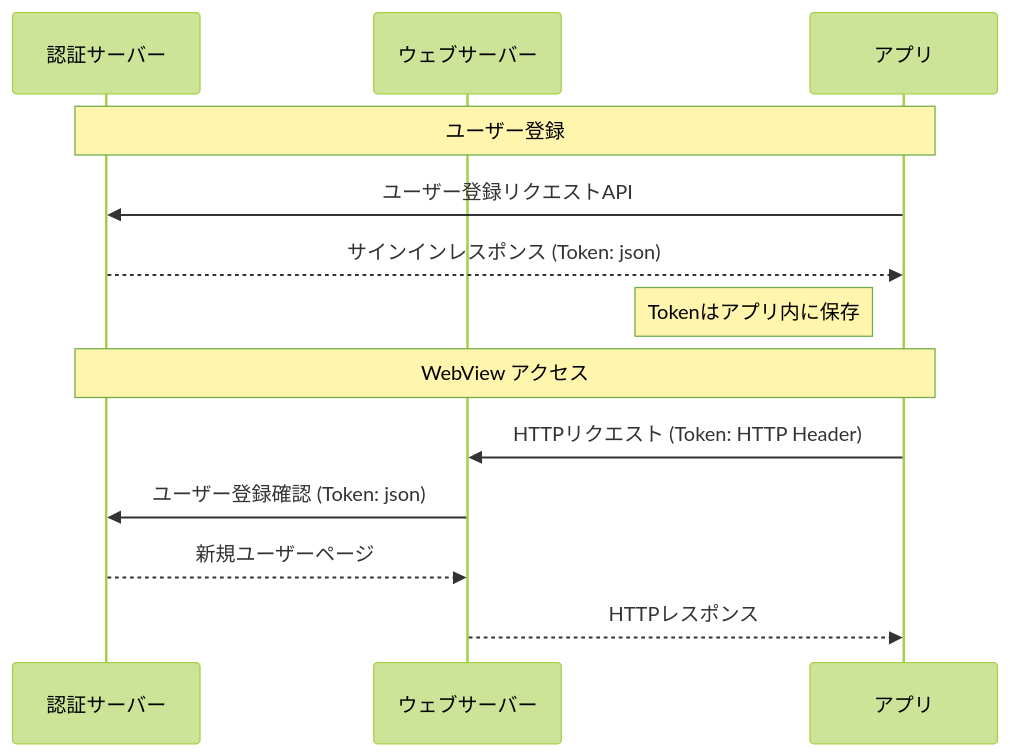
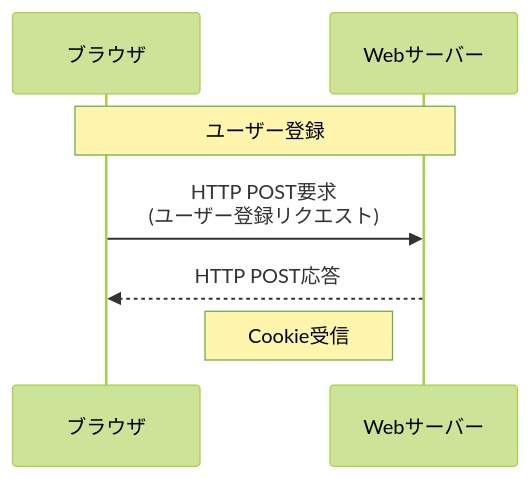
The diagram in document/sequence/1_signup.md (airi-i-1998/house-account-book), drawn with Mermaid (forest theme) before and after one commit. The commit also changed 3 other files, not shown here.

`````diff
--- a/document/sequence/1_signup.md
+++ b/document/sequence/1_signup.md
@@ -1,16 +1,10 @@
 ```mermaid
 sequenceDiagram
-participant A as 認証サーバー
-participant B as ウェブサーバー
-participant C as アプリ
-Note over A, C: ユーザー登録
-C->>A: ユーザー登録リクエストAPI
-A-->>C: サインインレスポンス (Token: json)
-Note left of C: Tokenはアプリ内に保存
+participant A as ブラウザ
+participant B as Webサーバー
+Note over A, B: ユーザー登録
+A->>B: HTTP POST要求<br>(ユーザー登録リクエスト)
+B-->>A: HTTP POST応答
+Note left of B: Cookie受信
 
-Note over A, C: WebView アクセス
-C->>B: HTTPリクエスト (Token: HTTP Header)
-B->>A: ユーザー登録確認 (Token: json)
-A-->>B: 新規ユーザーページ
-B-->>C: HTTPレスポンス
 ````
`````
